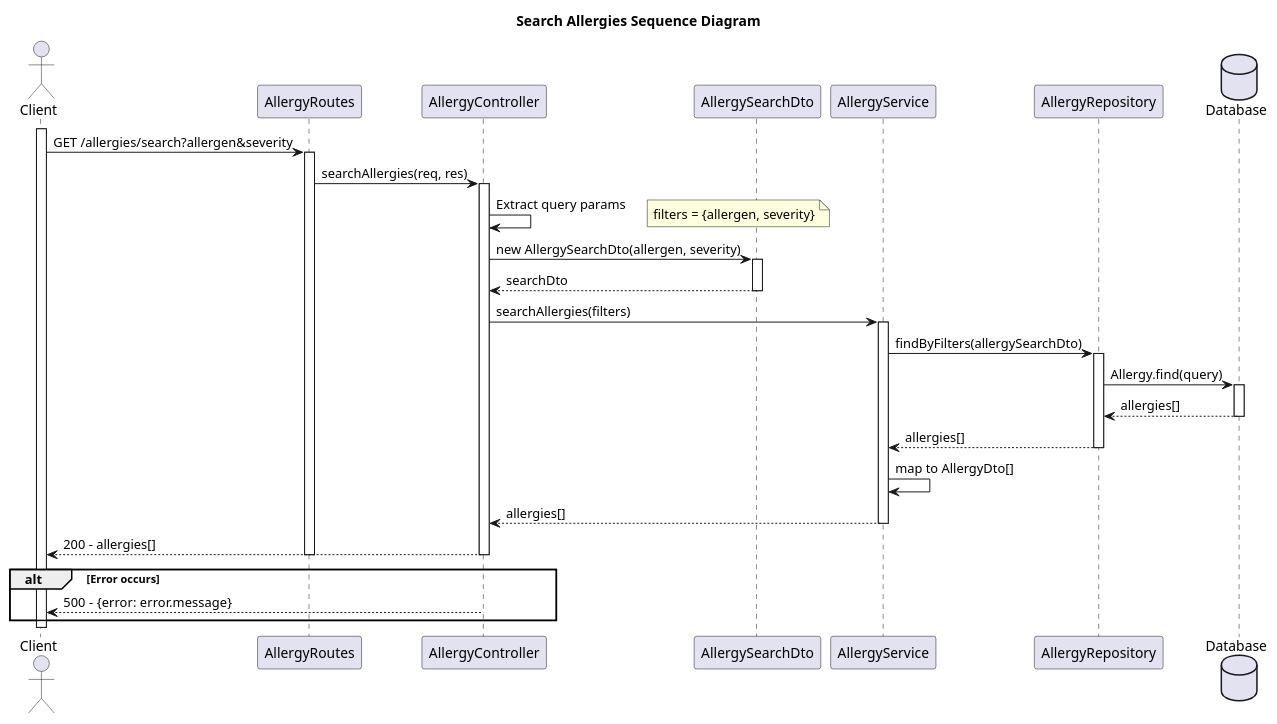
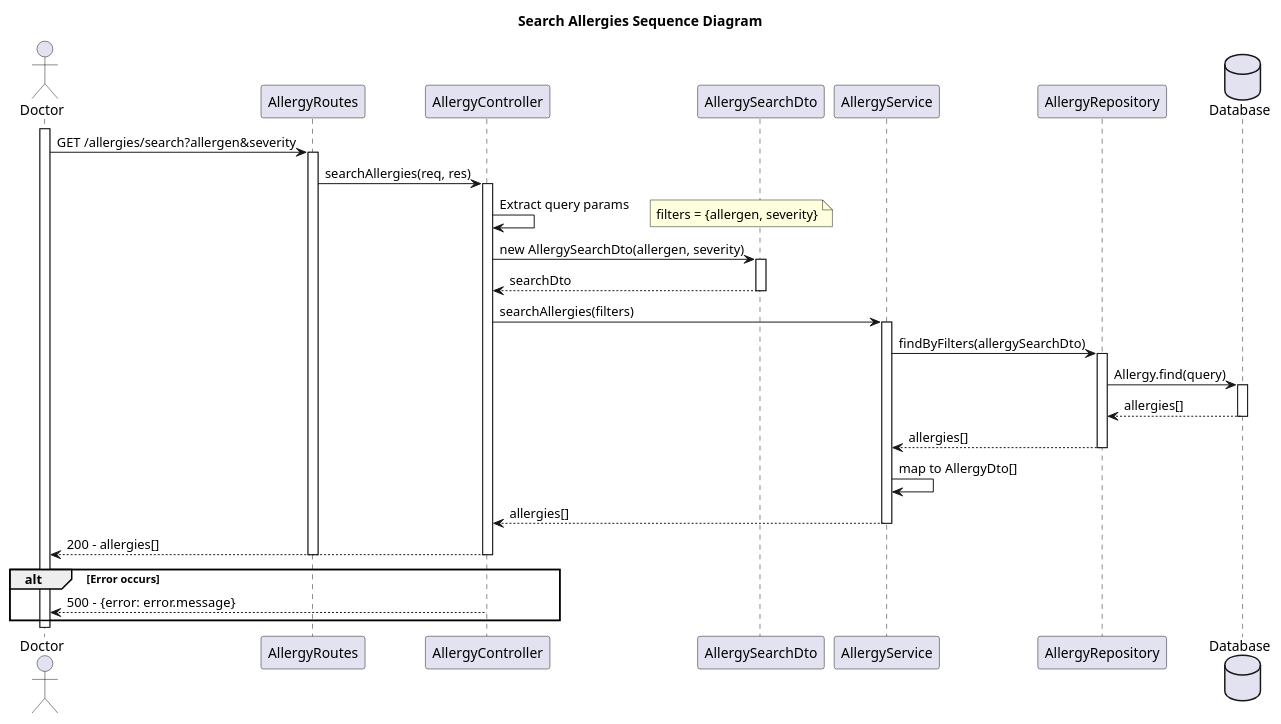
The diagram in docs/Sprint3/US 7.2.3/SD.puml (HugBar/3DC_G17), drawn with PlantUML before and after one commit. The commit also changed 9 other files, not shown here.

```diff
--- a/docs/Sprint3/US 7.2.3/SD.puml
+++ b/docs/Sprint3/US 7.2.3/SD.puml
@@ -1,55 +1,55 @@
 @startuml
 title "Search Allergies Sequence Diagram"
 
-actor Client
+actor Doctor
 participant AllergyRoutes
 participant AllergyController
 participant AllergySearchDto
 participant AllergyService
 participant AllergyRepository
 database Database
 
-activate Client
-Client -> AllergyRoutes: GET /allergies/search?allergen&severity
+activate Doctor
+Doctor -> AllergyRoutes: GET /allergies/search?allergen&severity
 activate AllergyRoutes
 
 AllergyRoutes -> AllergyController: searchAllergies(req, res)
 activate AllergyController
 
 AllergyController -> AllergyController: Extract query params
 note right: filters = {allergen, severity}
 
 AllergyController -> AllergySearchDto: new AllergySearchDto(allergen, severity)
 activate AllergySearchDto
 AllergySearchDto --> AllergyController: searchDto
 deactivate AllergySearchDto
 
 AllergyController -> AllergyService: searchAllergies(filters)
 activate AllergyService
 
 AllergyService -> AllergyRepository: findByFilters(allergySearchDto)
 activate AllergyRepository
 
 AllergyRepository -> Database: Allergy.find(query)
 activate Database
 Database --> AllergyRepository: allergies[]
 deactivate Database
 
 AllergyRepository --> AllergyService: allergies[]
 deactivate AllergyRepository
 
 AllergyService -> AllergyService: map to AllergyDto[]
 AllergyService --> AllergyController: allergies[]
 deactivate AllergyService
 
-AllergyController --> Client: 200 - allergies[]
+AllergyController --> Doctor: 200 - allergies[]
 deactivate AllergyController
 deactivate AllergyRoutes
 
 alt Error occurs
-    AllergyController --> Client: 500 - {error: error.message}
+    AllergyController --> Doctor: 500 - {error: error.message}
 end
 
-deactivate Client
+deactivate Doctor
 
 @enduml
```
